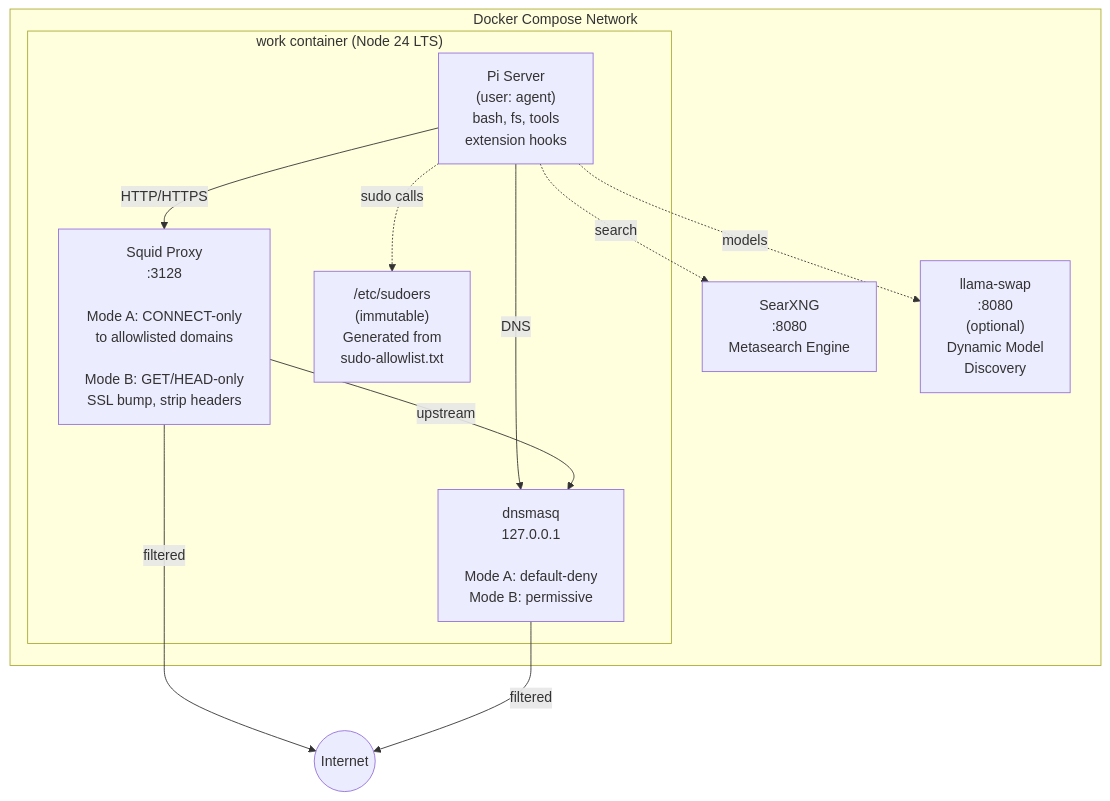
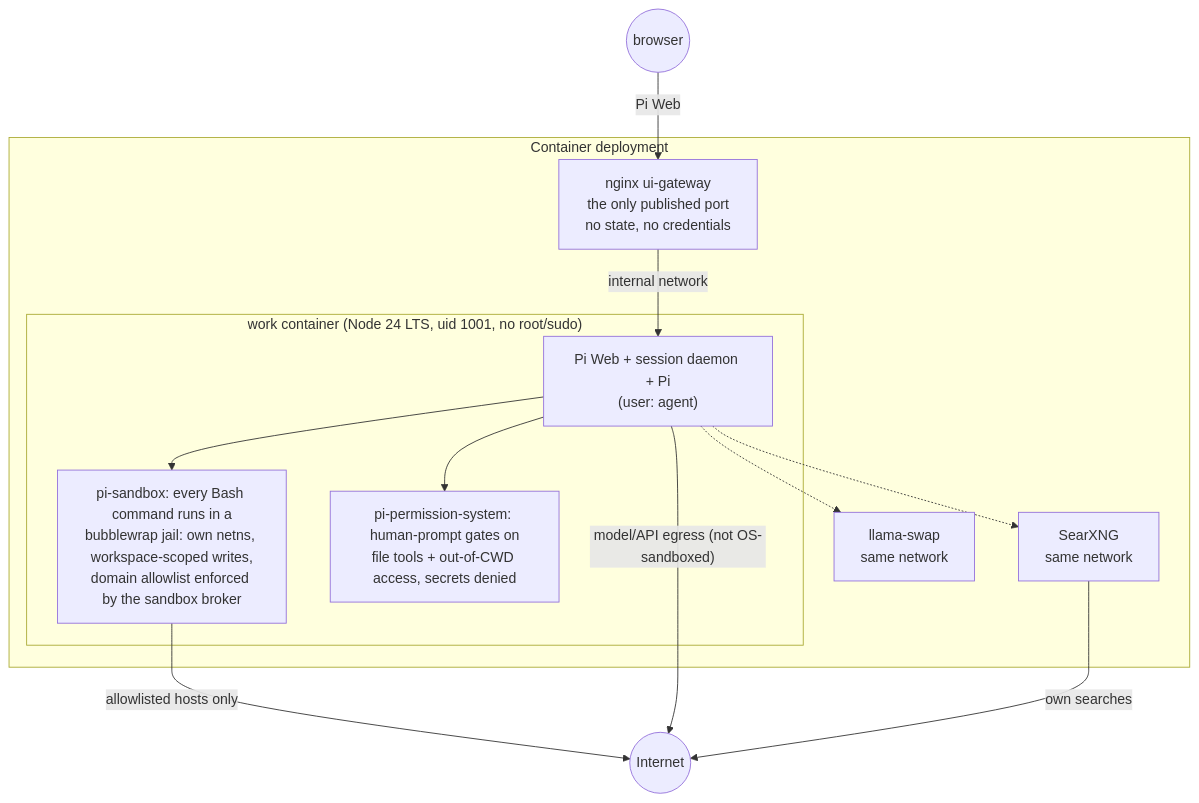
One commit to acon96/work changed the diagram in README.md. Above: the diagram before and after it, drawn with Mermaid. The commit also changed other lines of this file and 26 other files, not shown here.

Commit message:
Use pi-sandbox instead of rolling our own proxy

````diff
--- a/README.md
+++ b/README.md
@@ -9,25 +9,25 @@
 ```mermaid
 graph TB
-    subgraph docker["Docker Compose Network"]
-        subgraph work["work container (Node 24 LTS)"]
-            pi["Pi Server<br/>(user: agent)<br/>bash, fs, tools<br/>extension hooks"]
-            squid["Squid Proxy<br/>:3128<br/><br/>Mode A: CONNECT-only<br/>to allowlisted domains<br/><br/>Mode B: GET/HEAD-only<br/>SSL bump, strip headers"]
-            dnsmasq["dnsmasq<br/>127.0.0.1<br/><br/>Mode A: default-deny<br/>Mode B: permissive"]
-            sudoers["/etc/sudoers<br/>(immutable)<br/>Generated from<br/>sudo-allowlist.txt"]
-            
-            pi -->|HTTP/HTTPS| squid
-            pi -->|DNS| dnsmasq
-            pi -.->|sudo calls| sudoers
-            squid -->|upstream| dnsmasq
+    subgraph compose["Container deployment"]
+        subgraph workc["work container (Node 24 LTS, uid 1001, no root/sudo)"]
+            pi["Pi Web + session daemon + Pi<br/>(user: agent)"]
+            ps["pi-sandbox: every Bash command runs in a<br/>bubblewrap jail: own netns, workspace-scoped writes,<br/>domain allowlist enforced by the sandbox broker"]
+            perm["pi-permission-system: human-prompt gates on<br/>file tools + out-of-CWD access, secrets denied"]
         end
-        
-        searxng["SearXNG<br/>:8080<br/>Metasearch Engine"]
-        llama["llama-swap<br/>:8080<br/>(optional)<br/>Dynamic Model<br/>Discovery"]
-        
-        pi -.->|search| searxng
-        pi -.->|models| llama
+        searxng["SearXNG<br/>same network"]
+        llama["llama-swap<br/>same network"]
+        gateway["nginx ui-gateway<br/>the only published port<br/>no state, no credentials"]
+
+        pi --> ps
+        pi --> perm
+        pi -.-> searxng
+        pi -.-> llama
+        gateway -->|"internal network"| pi
     end
-    
-    squid -->|filtered| internet((Internet))
-    dnsmasq -->|filtered| internet
+
+    browser(("browser")) -->|"Pi Web"| gateway
+
+    ps -->|"allowlisted hosts only"| internet((Internet))
+    pi -->|"model/API egress (not OS-sandboxed)"| internet
+    searxng -->|own searches| internet
 ```
````
